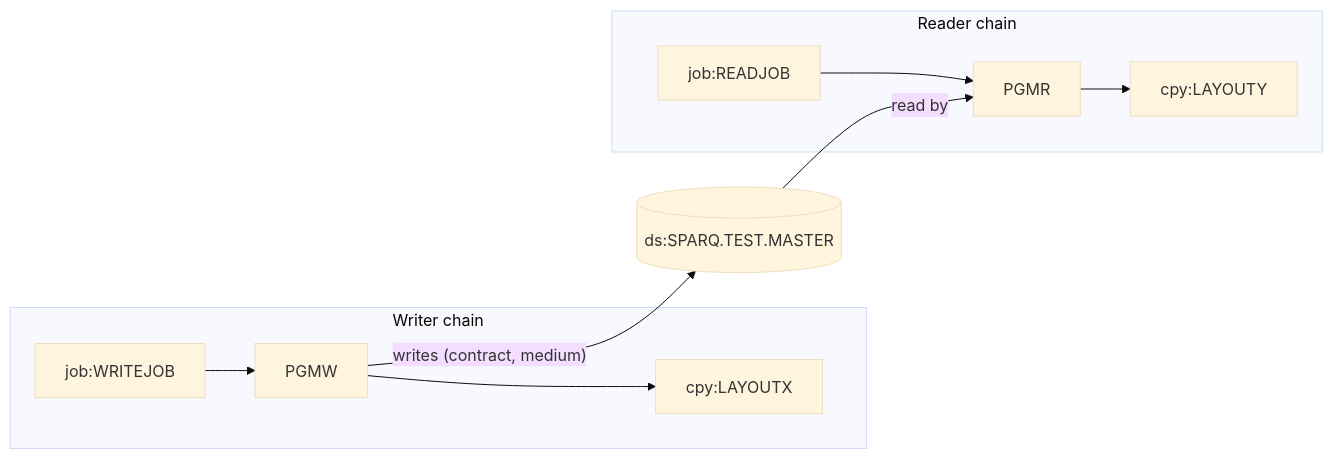
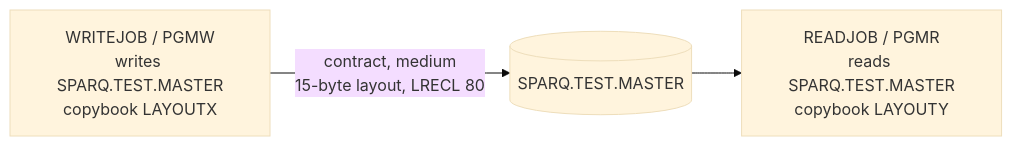
One commit to Sparq-Holding-Inc/claude-legacy-modernization changed the diagram in evals/runs/07-contract-mismatch/modernization-assessment/02-coupling.md. Above: the diagram before and after it, drawn with Mermaid (base theme). The commit also changed other lines of this file and 268 other files, not shown here.

````diff
--- a/evals/runs/07-contract-mismatch/modernization-assessment/02-coupling.md
+++ b/evals/runs/07-contract-mismatch/modernization-assessment/02-coupling.md
@@ -55,13 +61,5 @@
 ```mermaid
 graph LR
-  subgraph W["Writer chain"]
-    WJ["job:WRITEJOB"] --> PW["PGMW"]
-    PW --> CX["cpy:LAYOUTX"]
-  end
-  subgraph R["Reader chain"]
-    RJ["job:READJOB"] --> PR["PGMR"]
-    PR --> CY["cpy:LAYOUTY"]
-  end
-  PW -- "writes (contract, medium)" --> DS[("ds:SPARQ.TEST.MASTER")]
-  DS -- "read by" --> PR
+  W["WRITEJOB / PGMW<br/>writes SPARQ.TEST.MASTER<br/>copybook LAYOUTX"] -->|"contract, medium<br/>15-byte layout, LRECL 80"| D[("SPARQ.TEST.MASTER")]
+  D --> R["READJOB / PGMR<br/>reads SPARQ.TEST.MASTER<br/>copybook LAYOUTY"]
 ```
````
